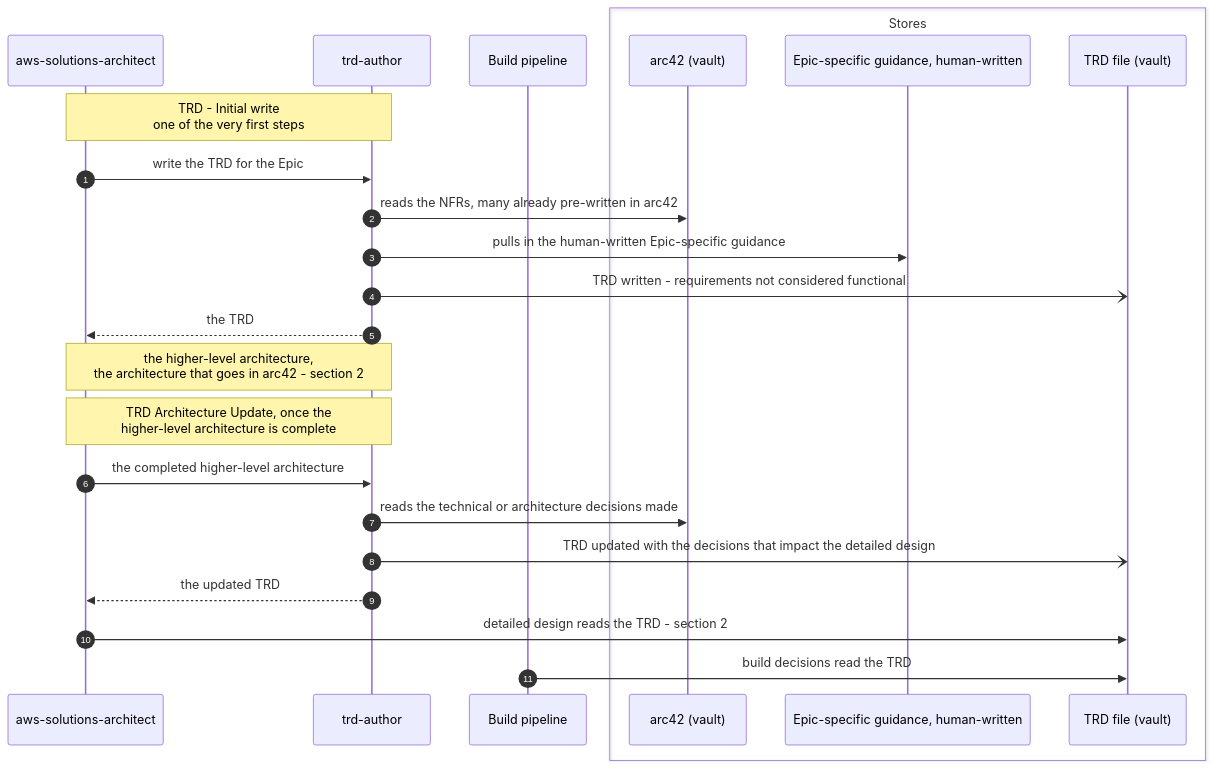
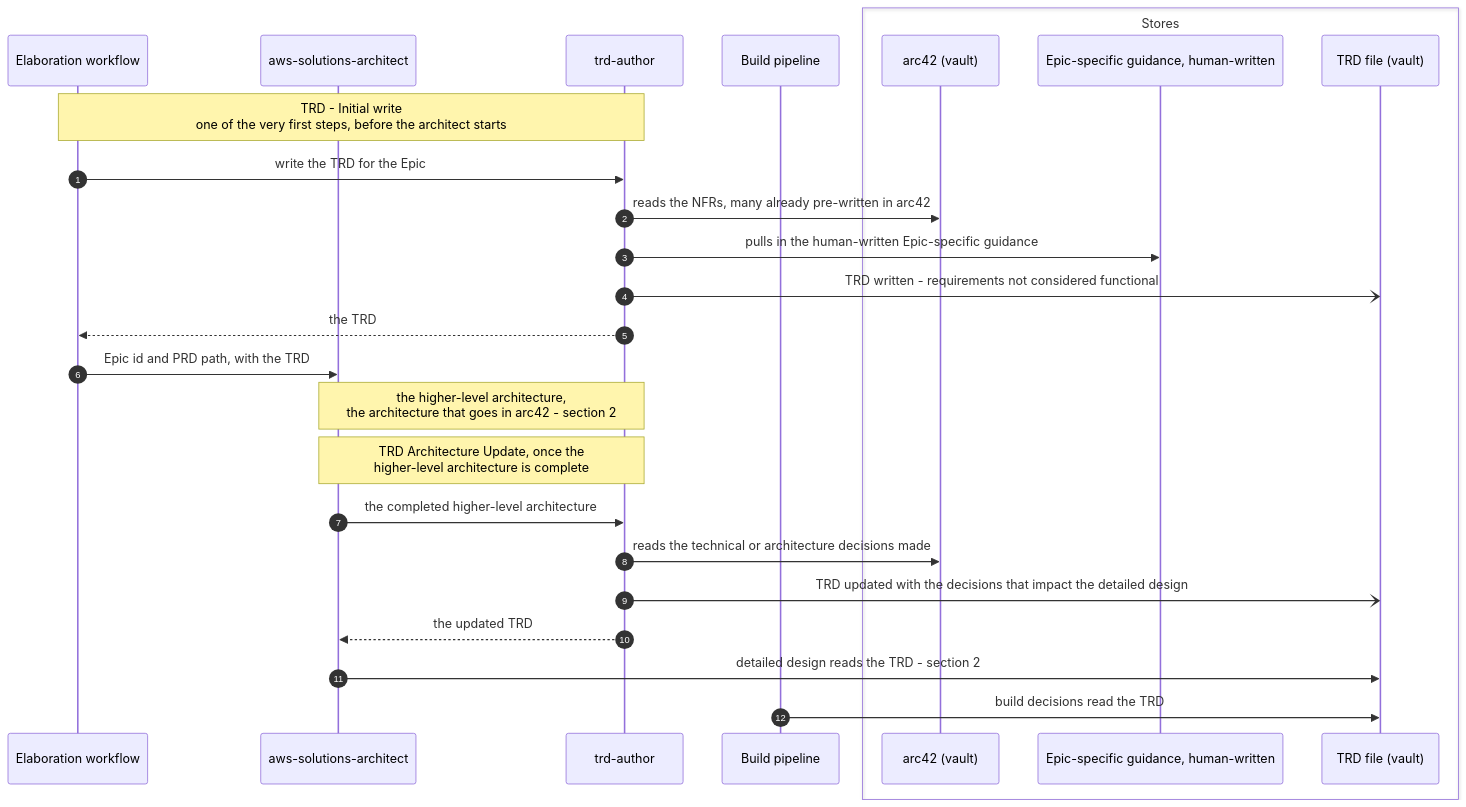
Before and after one commit to mark-satterfield/toolset: the fourth of 8 diagrams in plugins/agent-teams-workforce/blueprint/design/pipelines-elaboration.md, drawn with Mermaid. The commit also changed 19 other files, not shown here.

First line of the commit message:
feat(agent-teams-workforce): the TRD initial write is the first architecture step, updated after arc42

````diff
--- a/plugins/agent-teams-workforce/blueprint/design/pipelines-elaboration.md
+++ b/plugins/agent-teams-workforce/blueprint/design/pipelines-elaboration.md
@@ -354,27 +354,29 @@
 ```mermaid
 sequenceDiagram
     autonumber
+    participant WF as Elaboration workflow
     participant SA as aws-solutions-architect
     participant TRD as trd-author
     participant B as Build pipeline
     box Stores
         participant A42 as arc42 (vault)
         participant G as Epic-specific guidance, human-written
         participant T as TRD file (vault)
     end
 
-    Note over SA,TRD: TRD - Initial write<br/>one of the very first steps
-    SA->>TRD: write the TRD for the Epic
+    Note over WF,TRD: TRD - Initial write<br/>one of the very first steps, before the architect starts
+    WF->>TRD: write the TRD for the Epic
     TRD->>A42: reads the NFRs, many already pre-written in arc42
     TRD->>G: pulls in the human-written Epic-specific guidance
     TRD-)T: TRD written - requirements not considered functional
-    TRD-->>SA: the TRD
+    TRD-->>WF: the TRD
+    WF->>SA: Epic id and PRD path, with the TRD
     Note over SA,TRD: the higher-level architecture,<br/>the architecture that goes in arc42 - section 2
     Note over SA,TRD: TRD Architecture Update, once the<br/>higher-level architecture is complete
     SA->>TRD: the completed higher-level architecture
     TRD->>A42: reads the technical or architecture decisions made
     TRD-)T: TRD updated with the decisions that impact the detailed design
     TRD-->>SA: the updated TRD
     SA->>T: detailed design reads the TRD - section 2
     B->>T: build decisions read the TRD
 ```
````
